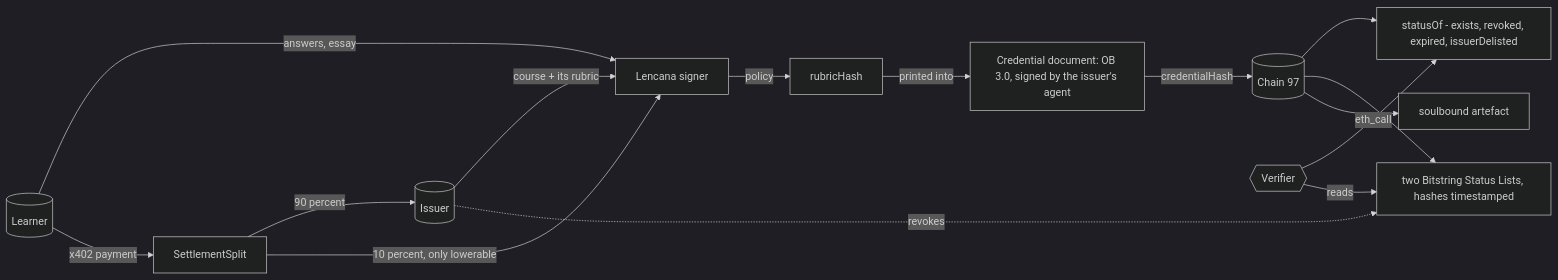
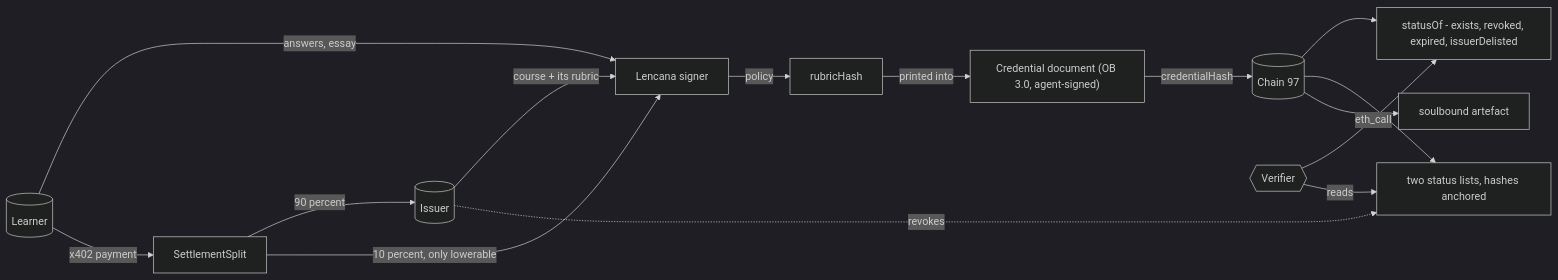
The second of 2 diagrams in vault/00-Overview/10 - Project Detail (long form) - Copy.md (Shenhan01-sys/Lencana), drawn with Mermaid (dark theme) before and after one commit. The commit also changed other lines of this file and 29 other files, not shown here.

````diff
--- a/vault/00-Overview/10 - Project Detail (long form) - Copy.md
+++ b/vault/00-Overview/10 - Project Detail (long form) - Copy.md
@@ -64,17 +65,17 @@
 ```mermaid
 flowchart LR
   IS[("Issuer")] -->|"course + its rubric"| PF["Lencana signer"]
   LRN[("Learner")] -->|"answers, essay"| PF
   PF -->|policy| RH["rubricHash"]
-  RH -->|"printed into"| DOC["Credential document: OB 3.0, signed by the issuer's agent"]
+  RH -->|"printed into"| DOC["Credential document (OB 3.0, agent-signed)"]
   DOC -->|credentialHash| CH[("Chain 97")]
   CH --> ST["statusOf - exists, revoked, expired, issuerDelisted"]
-  CH --> SL["two Bitstring Status Lists, hashes timestamped"]
+  CH --> SL["two status lists, hashes anchored"]
   CH --> SB["soulbound artefact"]
   VT{{"Verifier"}} -->|"eth_call"| ST
   VT -->|reads| SL
   LRN -->|"x402 payment"| SP["SettlementSplit"]
   SP -->|90 percent| IS
   SP -->|"10 percent, only lowerable"| PF
   IS -.->|revokes| SL
 ```
````
